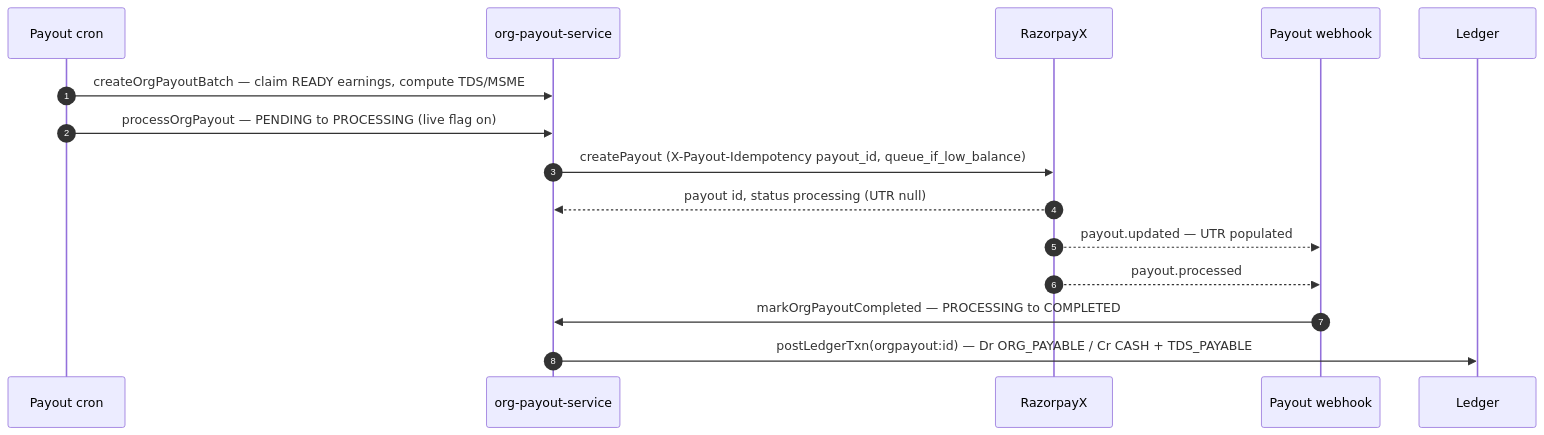
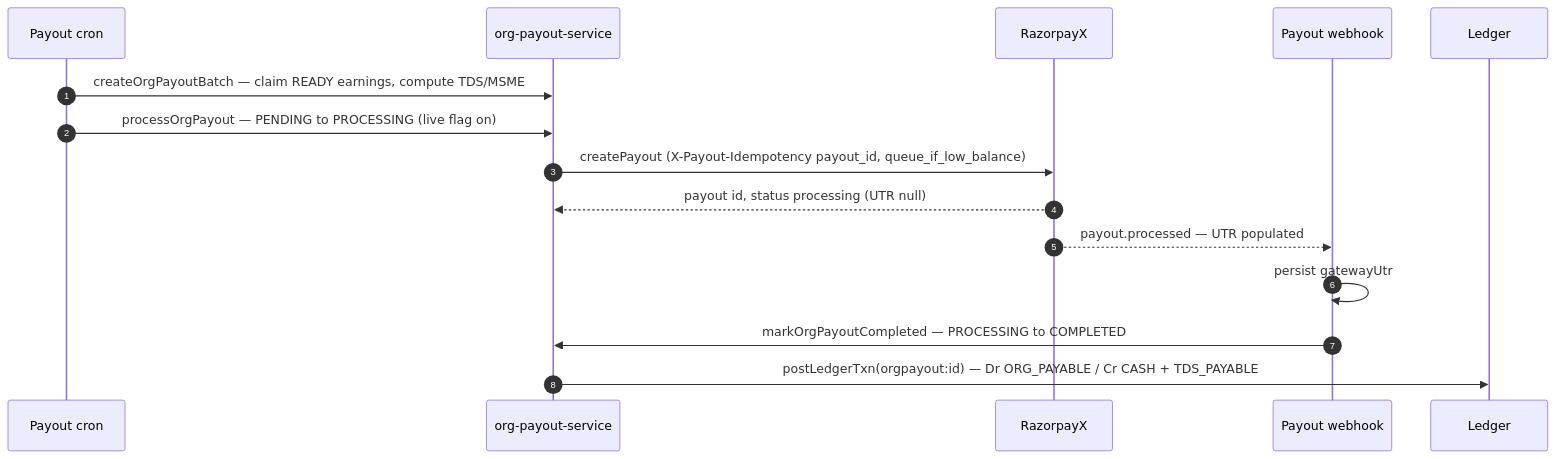
Before and after one commit to Practitionist/familiarise_web: the second of 2 diagrams in docs/enterprise/10-money-and-ledger/07-payout-pipeline.md, drawn with Mermaid. The commit also changed other lines of this file and 8 other files, not shown here.

````diff
--- a/docs/enterprise/10-money-and-ledger/07-payout-pipeline.md
+++ b/docs/enterprise/10-money-and-ledger/07-payout-pipeline.md
@@ -101,17 +101,17 @@
 ```mermaid
 sequenceDiagram
   autonumber
   participant CR as Payout cron
   participant SV as org-payout-service
   participant GW as RazorpayX
   participant WH as Payout webhook
   participant L as Ledger
   CR->>SV: createOrgPayoutBatch — claim READY earnings, compute TDS/MSME
   CR->>SV: processOrgPayout — PENDING to PROCESSING (live flag on)
   SV->>GW: createPayout (X-Payout-Idempotency payout_id, queue_if_low_balance)
   GW-->>SV: payout id, status processing (UTR null)
-  GW-->>WH: payout.updated — UTR populated
-  GW-->>WH: payout.processed
+  GW-->>WH: payout.processed — UTR populated
+  WH->>WH: persist gatewayUtr
   WH->>SV: markOrgPayoutCompleted — PROCESSING to COMPLETED
   SV->>L: postLedgerTxn(orgpayout:id) — Dr ORG_PAYABLE / Cr CASH + TDS_PAYABLE
 ```
````
